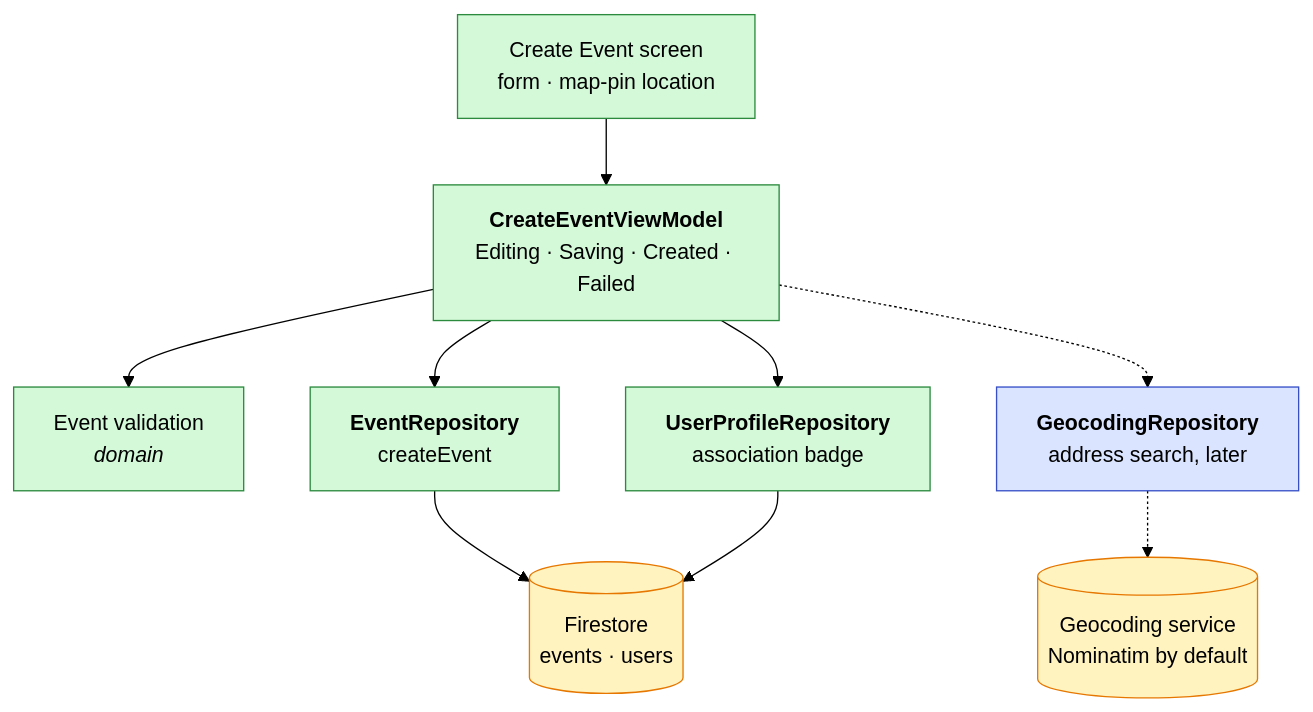
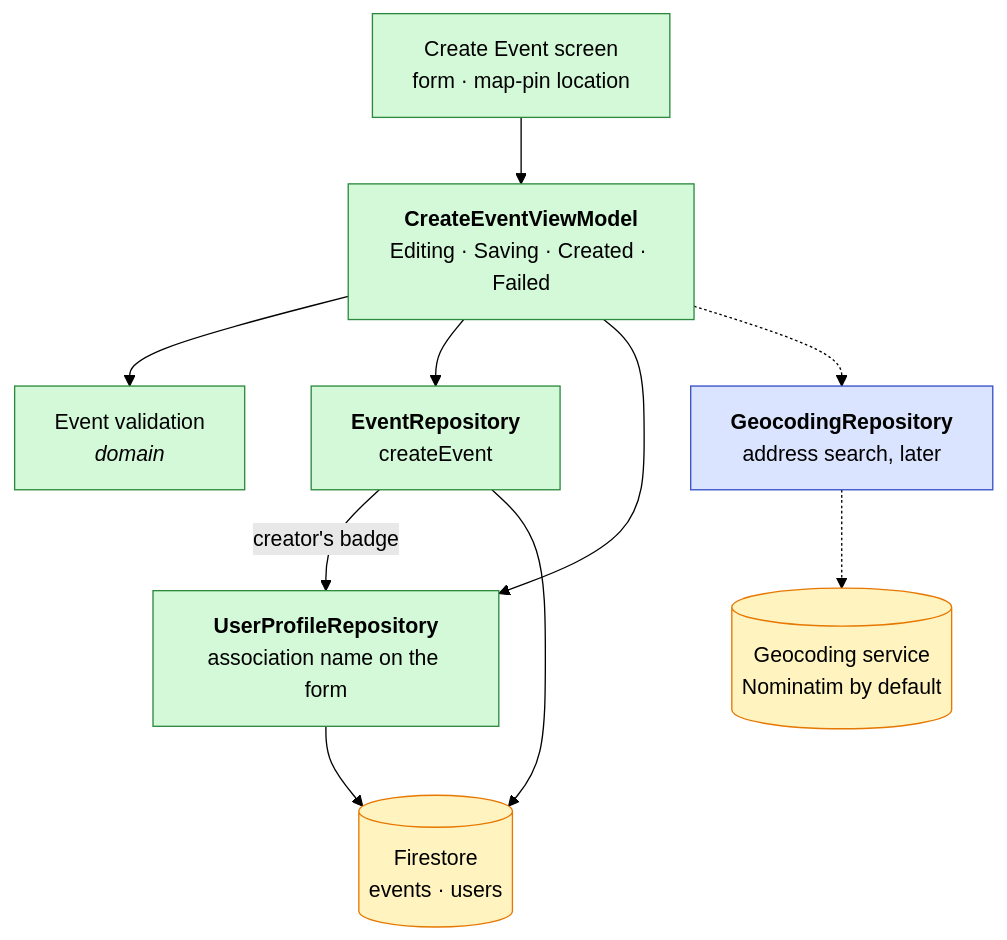
One commit to swent-polysocial/PolySocial changed the fifth of 11 diagrams in docs/Architecture-Diagram.md. Above: the diagram before and after it, drawn with Mermaid (forest theme). The commit also changed other lines of this file and 1 other file, not shown here.

Commit message:
docs: record how events get the badge
The badge now comes from the creator's profile through
EventRepository, and the event rules (#47) must check it against
users/{uid}, since the client alone can't be trusted with it.

Refs #45

````diff
--- a/docs/Architecture-Diagram.md
+++ b/docs/Architecture-Diagram.md
@@ -153,15 +153,16 @@
 ```mermaid
 flowchart TB
   classDef s1 fill:#d3f9d8,stroke:#2b8a3e,color:#000
   classDef pb fill:#dbe4ff,stroke:#364fc7,color:#000
   classDef ext fill:#fff3bf,stroke:#e67700,color:#000
 
   createS["Create Event screen<br/>form · map-pin location"]:::s1 --> createVM["<b>CreateEventViewModel</b><br/>Editing · Saving · Created · Failed"]:::s1
   createVM --> valid["Event validation<br/><i>domain</i>"]:::s1
   createVM --> ev["<b>EventRepository</b><br/>createEvent"]:::s1
-  createVM --> prof["<b>UserProfileRepository</b><br/>association badge"]:::s1
+  createVM --> prof["<b>UserProfileRepository</b><br/>association name on the form"]:::s1
+  ev -- "creator's badge" --> prof
   createVM -.-> geo["<b>GeocodingRepository</b><br/>address search, later"]:::pb
   ev --> fs[("Firestore<br/>events · users")]:::ext
   prof --> fs
   geo -.-> nom[("Geocoding service<br/>Nominatim by default")]:::ext
 ```
````
